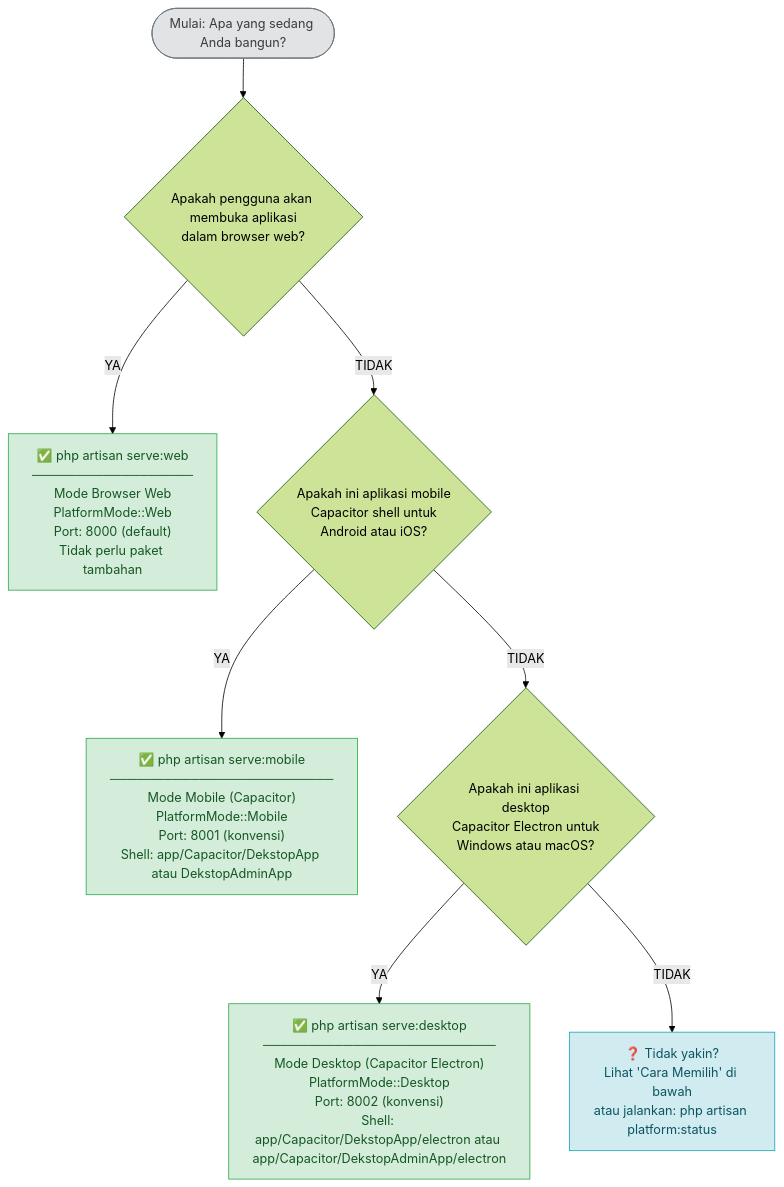
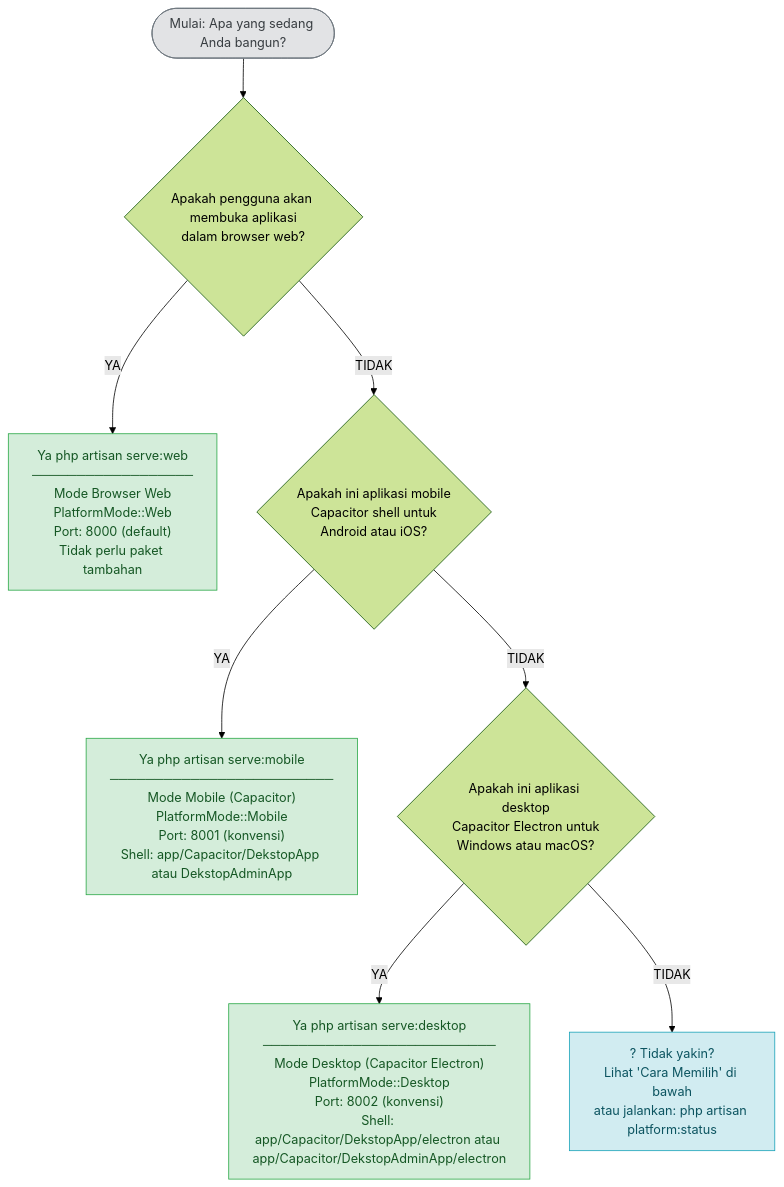
The diagram in docs/command-decision-tree/command-decision-tree.md (aanugerahahmadf/WebApp), drawn with Mermaid (forest theme) before and after one commit. The commit also changed other lines of this file and 17 other files, not shown here.

````diff
--- a/docs/command-decision-tree/command-decision-tree.md
+++ b/docs/command-decision-tree/command-decision-tree.md
@@ -14,24 +14,24 @@
 ```mermaid
 flowchart TD
     START([Mulai: Apa yang sedang Anda bangun?])
 
     START --> Q1{Apakah pengguna akan membuka aplikasi\ndalam browser web?}
 
-    Q1 -- YA --> WEB["✅ php artisan serve:web\n──────────────────\nMode Browser Web\nPlatformMode::Web\nPort: 8000 (default)\nTidak perlu paket tambahan"]
+    Q1 -- YA --> WEB["Ya php artisan serve:web\n──────────────────\nMode Browser Web\nPlatformMode::Web\nPort: 8000 (default)\nTidak perlu paket tambahan"]
 
     Q1 -- TIDAK --> Q2{Apakah ini aplikasi mobile\nCapacitor shell untuk\nAndroid atau iOS?}
 
-    Q2 -- YA --> MOB["✅ php artisan serve:mobile\n─────────────────────────\nMode Mobile (Capacitor)\nPlatformMode::Mobile\nPort: 8001 (konvensi)\nShell: app/Capacitor/DekstopApp atau DekstopAdminApp"]
+    Q2 -- YA --> MOB["Ya php artisan serve:mobile\n─────────────────────────\nMode Mobile (Capacitor)\nPlatformMode::Mobile\nPort: 8001 (konvensi)\nShell: app/Capacitor/DekstopApp atau DekstopAdminApp"]
 
     Q2 -- TIDAK --> Q3{Apakah ini aplikasi desktop\nCapacitor Electron untuk\nWindows atau macOS?}
 
-    Q3 -- YA --> DESK["✅ php artisan serve:desktop\n──────────────────────────\nMode Desktop (Capacitor Electron)\nPlatformMode::Desktop\nPort: 8002 (konvensi)\nShell: app/Capacitor/DekstopApp/electron atau app/Capacitor/DekstopAdminApp/electron"]
+    Q3 -- YA --> DESK["Ya php artisan serve:desktop\n──────────────────────────\nMode Desktop (Capacitor Electron)\nPlatformMode::Desktop\nPort: 8002 (konvensi)\nShell: app/Capacitor/DekstopApp/electron atau app/Capacitor/DekstopAdminApp/electron"]
 
-    Q3 -- TIDAK --> UNSURE["❓ Tidak yakin?\nLihat 'Cara Memilih' di bawah\natau jalankan: php artisan platform:status"]
+    Q3 -- TIDAK --> UNSURE["? Tidak yakin?\nLihat 'Cara Memilih' di bawah\natau jalankan: php artisan platform:status"]
 
     style WEB fill:#d4edda,stroke:#28a745,color:#155724
     style MOB fill:#d4edda,stroke:#28a745,color:#155724
     style DESK fill:#d4edda,stroke:#28a745,color:#155724
     style UNSURE fill:#d1ecf1,stroke:#17a2b8,color:#0c5460
     style START fill:#e2e3e5,stroke:#6c757d,color:#383d41
 ```
````
